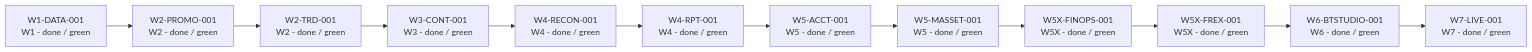
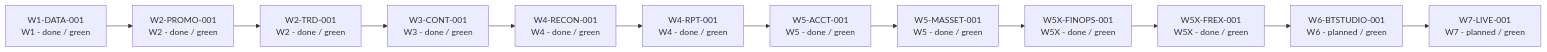
One commit to rodoHasArrived/Meridian-main changed the diagram in docs/architecture/diagrams/meridian-development-roadmap.mmd. Above: the diagram before and after it, drawn with Mermaid. The commit also changed 6 other files, not shown here.

```diff
--- a/docs/architecture/diagrams/meridian-development-roadmap.mmd
+++ b/docs/architecture/diagrams/meridian-development-roadmap.mmd
@@ -1,24 +1,24 @@
 flowchart LR
   W1_DATA_001["W1-DATA-001\nW1 - done / green"]
   W2_PROMO_001["W2-PROMO-001\nW2 - done / green"]
   W1_DATA_001 --> W2_PROMO_001
   W2_TRD_001["W2-TRD-001\nW2 - done / green"]
   W2_PROMO_001 --> W2_TRD_001
   W3_CONT_001["W3-CONT-001\nW3 - done / green"]
   W2_TRD_001 --> W3_CONT_001
   W4_RECON_001["W4-RECON-001\nW4 - done / green"]
   W3_CONT_001 --> W4_RECON_001
   W4_RPT_001["W4-RPT-001\nW4 - done / green"]
   W4_RECON_001 --> W4_RPT_001
   W5_ACCT_001["W5-ACCT-001\nW5 - done / green"]
   W4_RPT_001 --> W5_ACCT_001
   W5_MASSET_001["W5-MASSET-001\nW5 - done / green"]
   W5_ACCT_001 --> W5_MASSET_001
   W5X_FINOPS_001["W5X-FINOPS-001\nW5X - done / green"]
   W5_MASSET_001 --> W5X_FINOPS_001
   W5X_FREX_001["W5X-FREX-001\nW5X - done / green"]
   W5X_FINOPS_001 --> W5X_FREX_001
-  W6_BTSTUDIO_001["W6-BTSTUDIO-001\nW6 - done / green"]
+  W6_BTSTUDIO_001["W6-BTSTUDIO-001\nW6 - planned / green"]
   W5X_FREX_001 --> W6_BTSTUDIO_001
-  W7_LIVE_001["W7-LIVE-001\nW7 - done / green"]
+  W7_LIVE_001["W7-LIVE-001\nW7 - planned / green"]
   W6_BTSTUDIO_001 --> W7_LIVE_001
```
